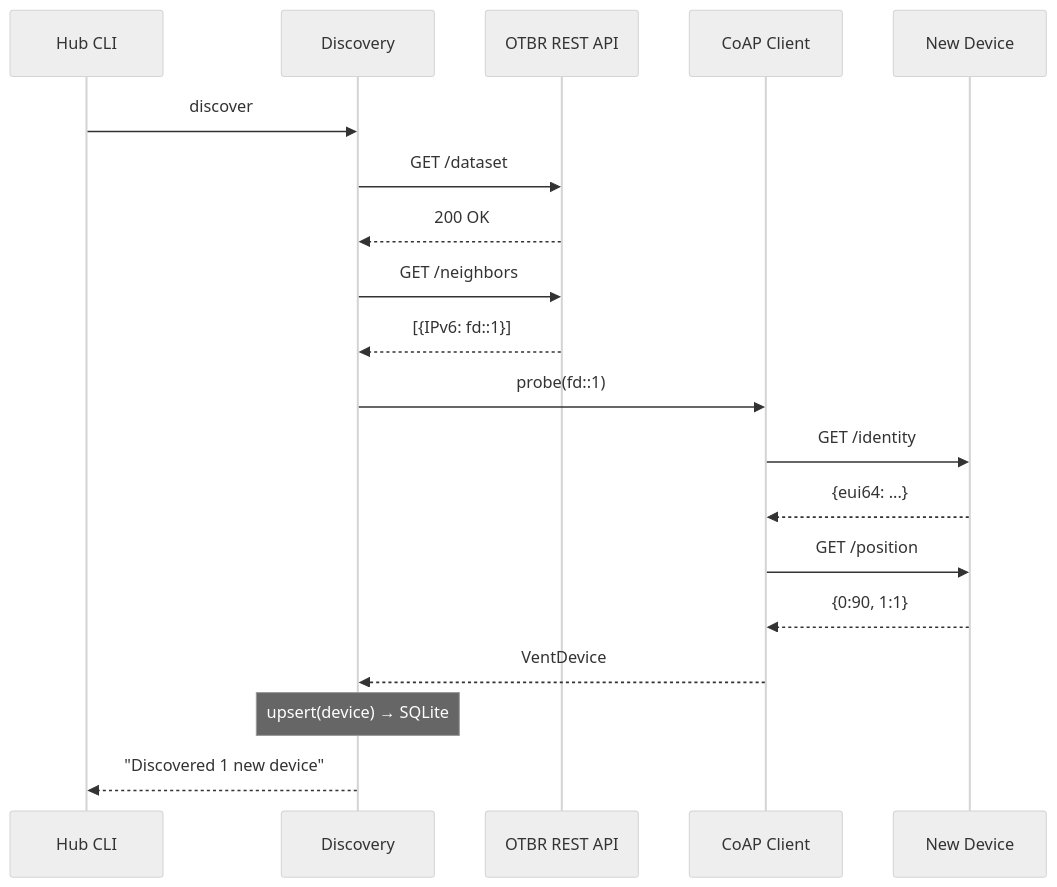
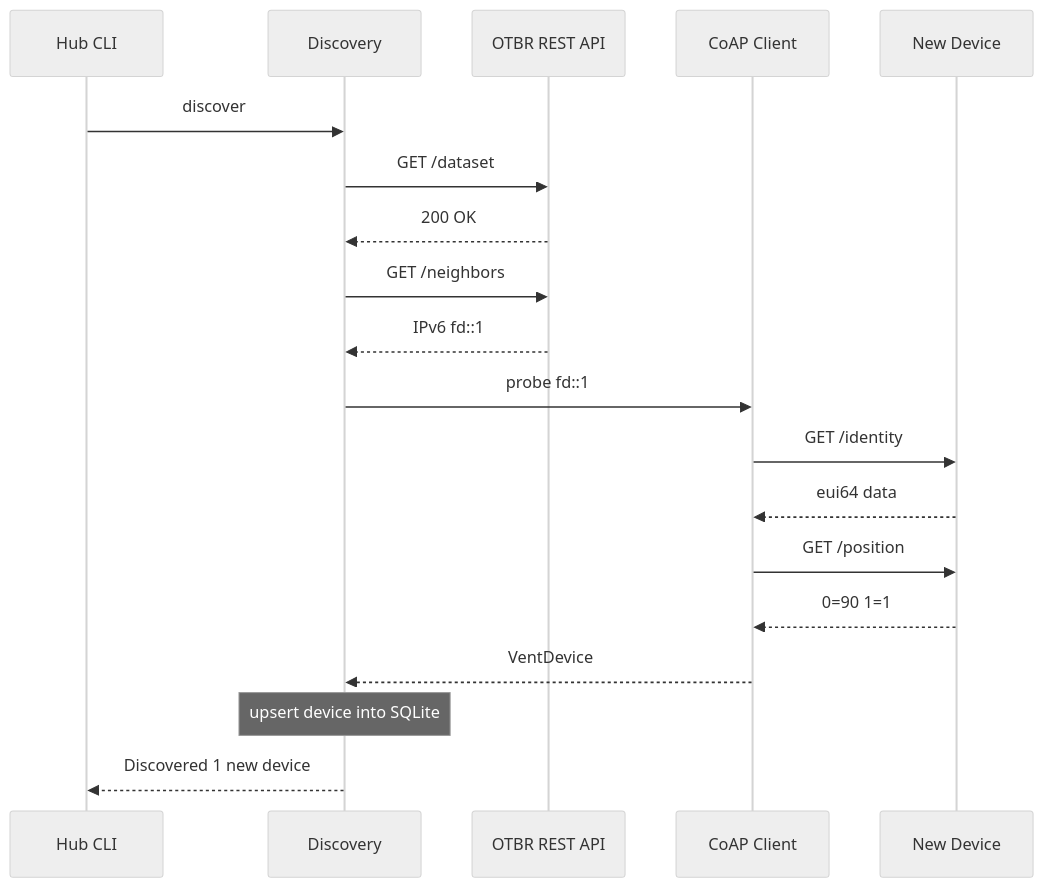
One commit to EtaCassiopeia/smart-vent changed the fourth of 5 diagrams in docs/architecture.md. Above: the diagram before and after it, drawn with Mermaid (neutral theme). The commit also changed other lines of this file, not shown here.

First line of the commit message:
Fix Mermaid diagrams for GitHub rendering

````diff
--- a/docs/architecture.md
+++ b/docs/architecture.md
@@ -425,24 +425,24 @@
 ```mermaid
 sequenceDiagram
     participant CLI as Hub CLI
     participant Disc as Discovery
     participant OTBR as OTBR REST API
     participant CoAP as CoAP Client
     participant Dev as New Device
 
     CLI->>Disc: discover
     Disc->>OTBR: GET /dataset
     OTBR-->>Disc: 200 OK
     Disc->>OTBR: GET /neighbors
-    OTBR-->>Disc: [{IPv6: fd::1}]
+    OTBR-->>Disc: IPv6 fd::1
 
-    Disc->>CoAP: probe(fd::1)
+    Disc->>CoAP: probe fd::1
     CoAP->>Dev: GET /identity
-    Dev-->>CoAP: {eui64: ...}
+    Dev-->>CoAP: eui64 data
     CoAP->>Dev: GET /position
-    Dev-->>CoAP: {0:90, 1:1}
+    Dev-->>CoAP: 0=90 1=1
     CoAP-->>Disc: VentDevice
 
-    Note over Disc: upsert(device) → SQLite
-    Disc-->>CLI: "Discovered 1 new device"
+    Note over Disc: upsert device into SQLite
+    Disc-->>CLI: Discovered 1 new device
 ```
````
